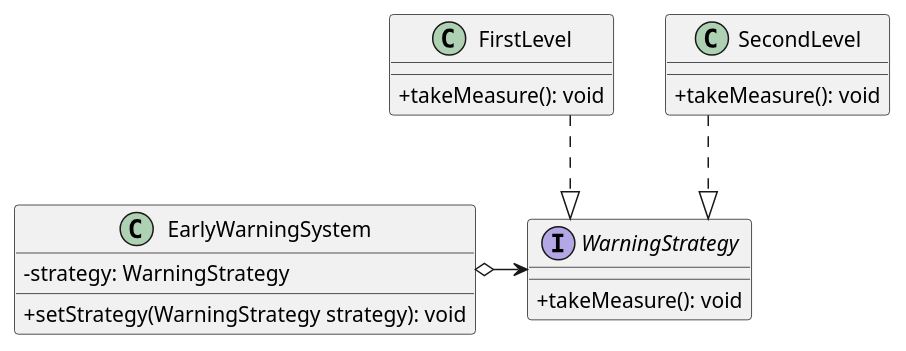
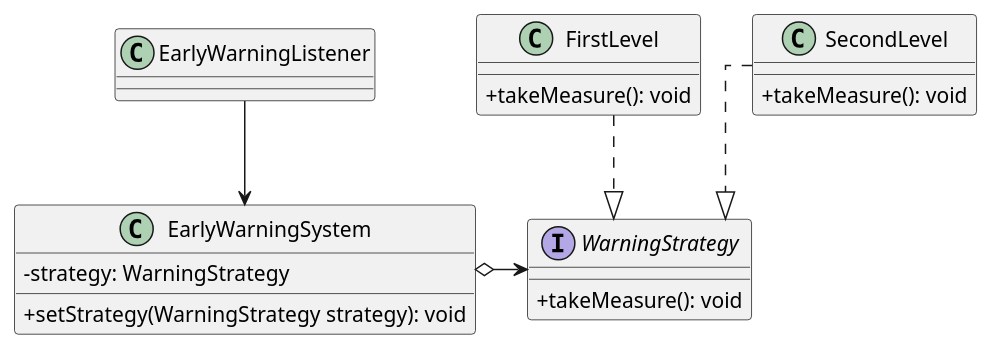
One commit to LenthDose/DesignPatterFinal changed the diagram in src/uml/Strategy.puml. Above: the diagram before and after it, drawn with PlantUML. The commit also changed 40 other files, not shown here.

```diff
--- a/src/uml/Strategy.puml
+++ b/src/uml/Strategy.puml
@@ -1,27 +1,29 @@
 @startuml
 'https://plantuml.com/class-diagram
 
 skinparam classAttributeIconSize 0
 skinparam linetype ortho
 
 interface WarningStrategy{
 + takeMeasure(): void
 }
 
 Class FirstLevel{
 + takeMeasure(): void
 }
 
 Class SecondLevel{
 + takeMeasure(): void
 }
 Class EarlyWarningSystem{
 - strategy: WarningStrategy
 + setStrategy(WarningStrategy strategy): void
 }
 
+class EarlyWarningListener{}
 
 FirstLevel ..|> WarningStrategy
 SecondLevel ..|> WarningStrategy
 EarlyWarningSystem o-> WarningStrategy
+EarlyWarningListener --> EarlyWarningSystem
 @enduml
```
